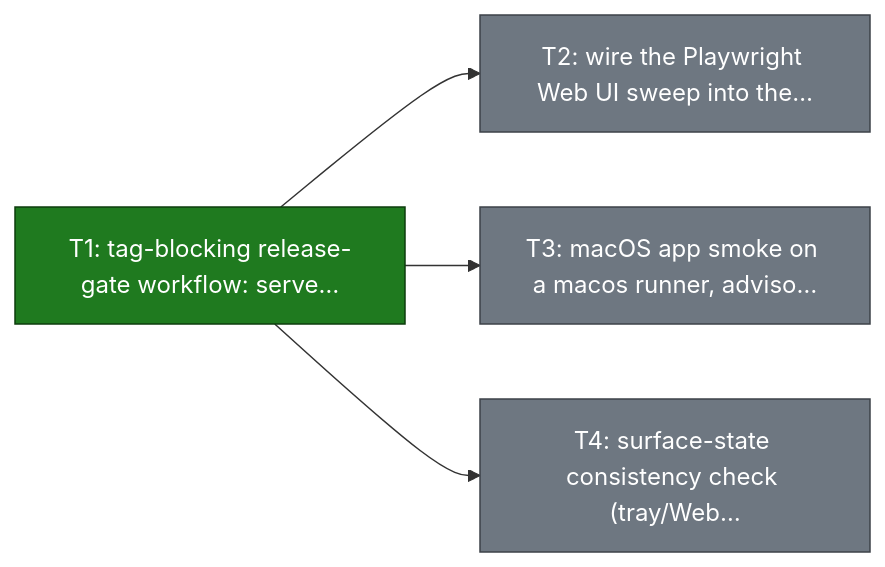
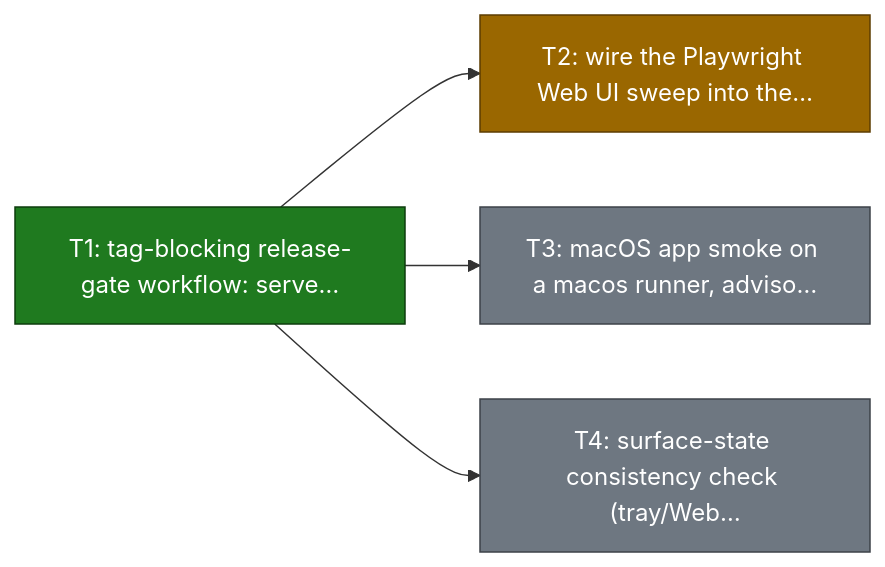
One commit to smart-mcp-proxy/mcpproxy-go changed the second of 18 diagrams in ROADMAP.md. Above: the diagram before and after it, drawn with Mermaid. The commit also changed other lines of this file and 15 other files, not shown here.

First line of the commit message:
ci(release): advisory Playwright web-UI sweep on tag builds (QA gate T2)

````diff
--- a/ROADMAP.md
+++ b/ROADMAP.md
@@ -96,16 +96,18 @@
 ```mermaid
 graph LR
   release_qa_gate_matrix["T1: tag-blocking release-gate workflow: serve…"]
   release_qa_gate_playwright["T2: wire the Playwright Web UI sweep into the…"]
   release_qa_gate_macos["T3: macOS app smoke on a macos runner, adviso…"]
   release_qa_gate_consistency["T4: surface-state consistency check (tray/Web…"]
 
   release_qa_gate_matrix --> release_qa_gate_playwright
   release_qa_gate_matrix --> release_qa_gate_macos
   release_qa_gate_matrix --> release_qa_gate_consistency
 
   classDef done fill:#1f7a1f,stroke:#0d3d0d,color:#ffffff;
+  classDef in_review fill:#9a6700,stroke:#5c3d00,color:#ffffff;
   classDef todo fill:#6e7781,stroke:#3d4248,color:#ffffff;
   class release_qa_gate_matrix done;
-  class release_qa_gate_playwright,release_qa_gate_macos,release_qa_gate_consistency todo;
+  class release_qa_gate_playwright in_review;
+  class release_qa_gate_macos,release_qa_gate_consistency todo;
 ```
````
